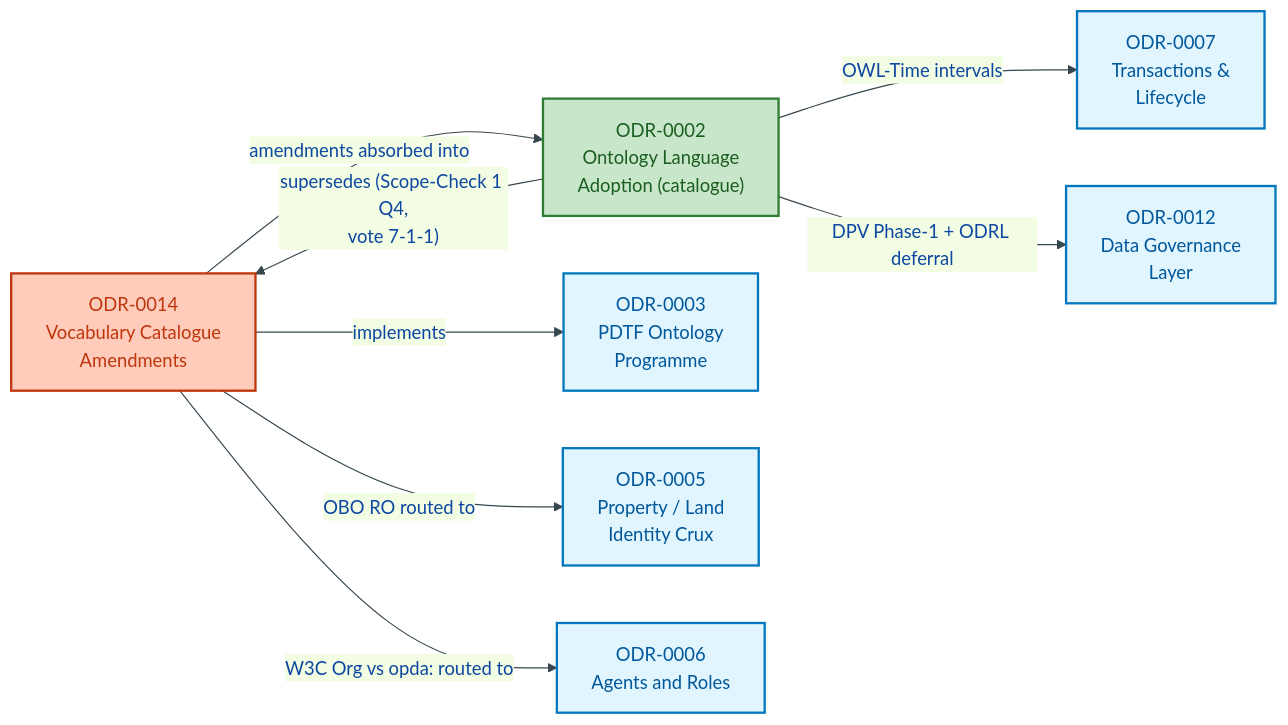
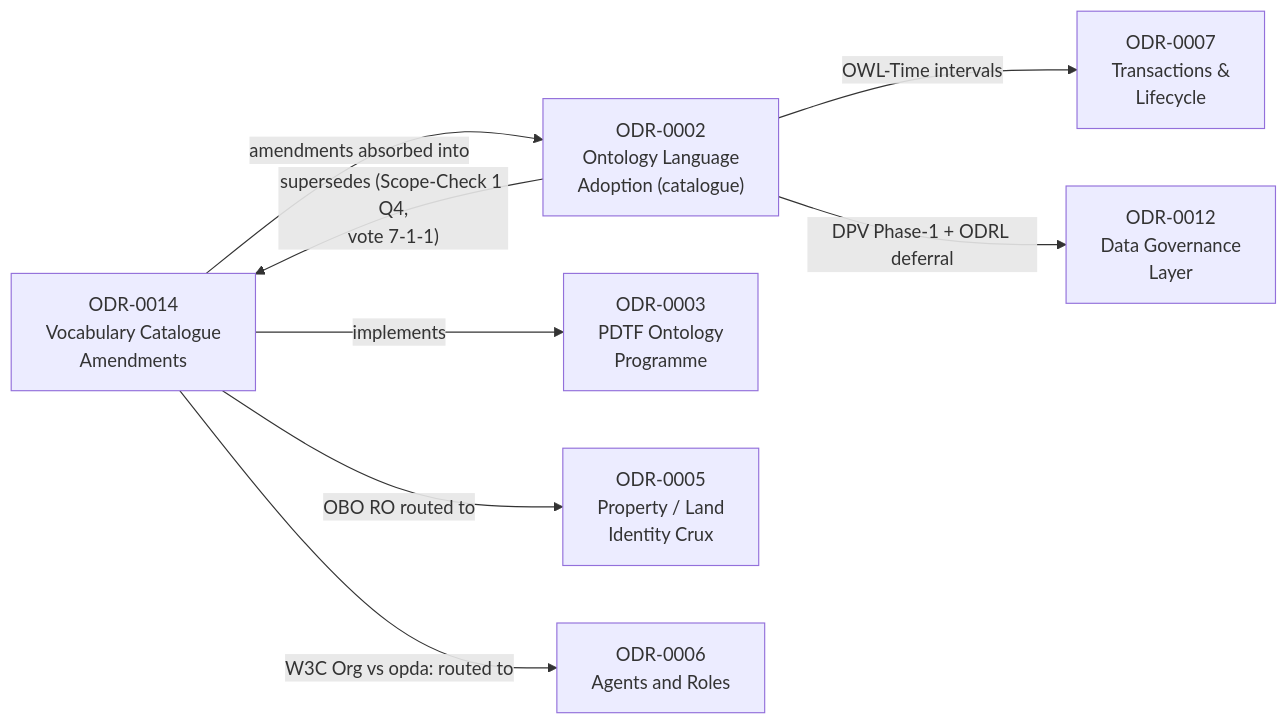
The first of 3 diagrams in docs/ontology/odr/ODR-0014-vocabulary-catalogue-amendments.md (sparkling/opda), drawn with Mermaid before and after one commit. The commit also changed other lines of this file and 25 other files, not shown here.

````diff
--- a/docs/ontology/odr/ODR-0014-vocabulary-catalogue-amendments.md
+++ b/docs/ontology/odr/ODR-0014-vocabulary-catalogue-amendments.md
@@ -21,26 +21,21 @@
 ```mermaid
-%%{init:{"theme":"base","themeVariables":{"primaryColor":"#E3F2FD","primaryTextColor":"#0D47A1","primaryBorderColor":"#1565C0","lineColor":"#37474F"}}}%%
 flowchart LR
     accTitle: ODR-0014 relationship map
     accDescr: Shows supersession by ODR-0002, implements ODR-0003, and downstream routing to ODR-0005 ODR-0006 ODR-0007 ODR-0012
-    classDef process fill:#E1F5FE,stroke:#0277BD,stroke-width:2px,color:#01579B
-    classDef decision fill:#FFF9C4,stroke:#F9A825,stroke-width:2px,color:#E65100
-    classDef output fill:#C8E6C9,stroke:#2E7D32,stroke-width:2px,color:#1B5E20
-    classDef retired fill:#FFCCBC,stroke:#BF360C,stroke-width:2px,color:#BF360C
 
-    ODR0014["ODR-0014<br/>Vocabulary Catalogue<br/>Amendments"]:::retired
-    ODR0002["ODR-0002<br/>Ontology Language<br/>Adoption (catalogue)"]:::output
+    ODR0014["ODR-0014<br/>Vocabulary Catalogue<br/>Amendments"]:::error
+    ODR0002["ODR-0002<br/>Ontology Language<br/>Adoption (catalogue)"]:::success
     ODR0003["ODR-0003<br/>PDTF Ontology<br/>Programme"]:::process
     ODR0007["ODR-0007<br/>Transactions &<br/>Lifecycle"]:::process
     ODR0012["ODR-0012<br/>Data Governance<br/>Layer"]:::process
     ODR0005["ODR-0005<br/>Property / Land<br/>Identity Crux"]:::process
     ODR0006["ODR-0006<br/>Agents and Roles"]:::process
 
     ODR0002 -->|"supersedes (Scope-Check 1 Q4,<br/>vote 7-1-1)"| ODR0014
     ODR0014 -->|"implements"| ODR0003
     ODR0014 -->|"amendments absorbed into"| ODR0002
     ODR0002 -->|"OWL-Time intervals"| ODR0007
     ODR0002 -->|"DPV Phase-1 + ODRL deferral"| ODR0012
     ODR0014 -->|"OBO RO routed to"| ODR0005
     ODR0014 -->|"W3C Org vs opda: routed to"| ODR0006
 ```
````
